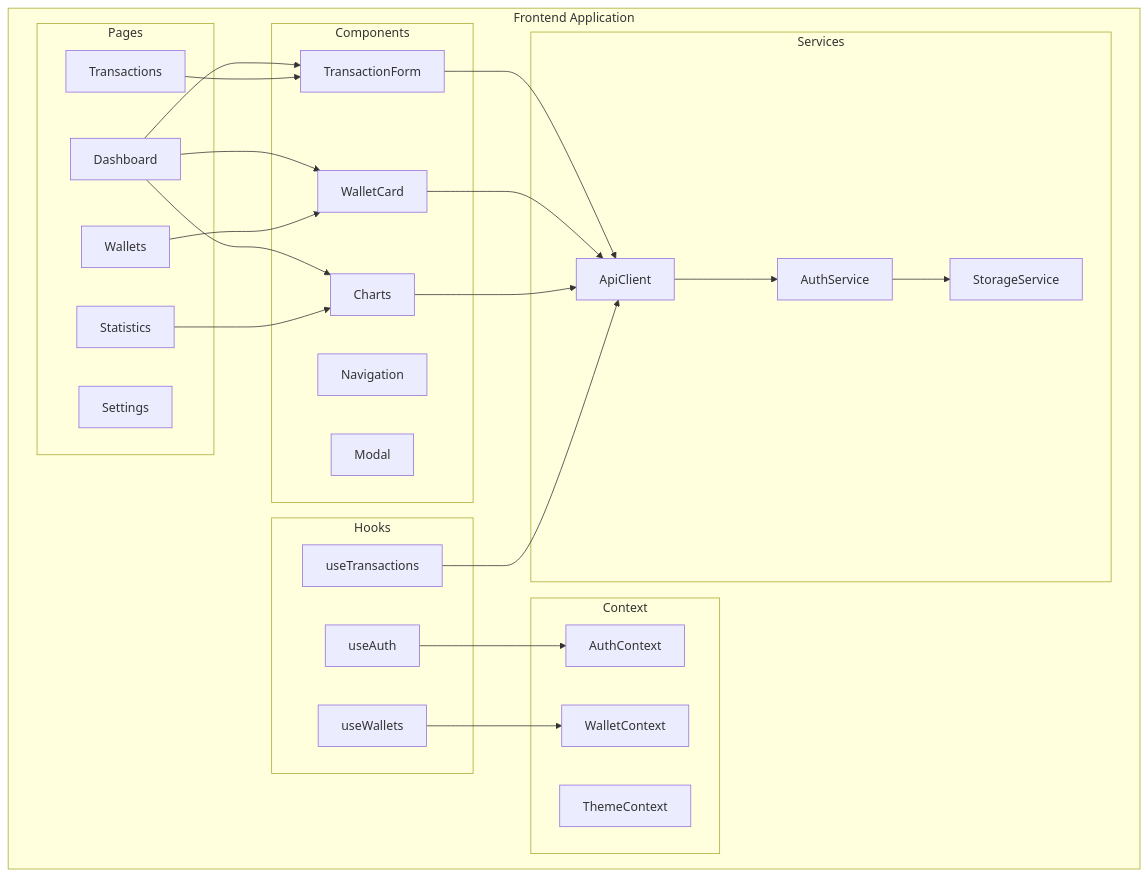
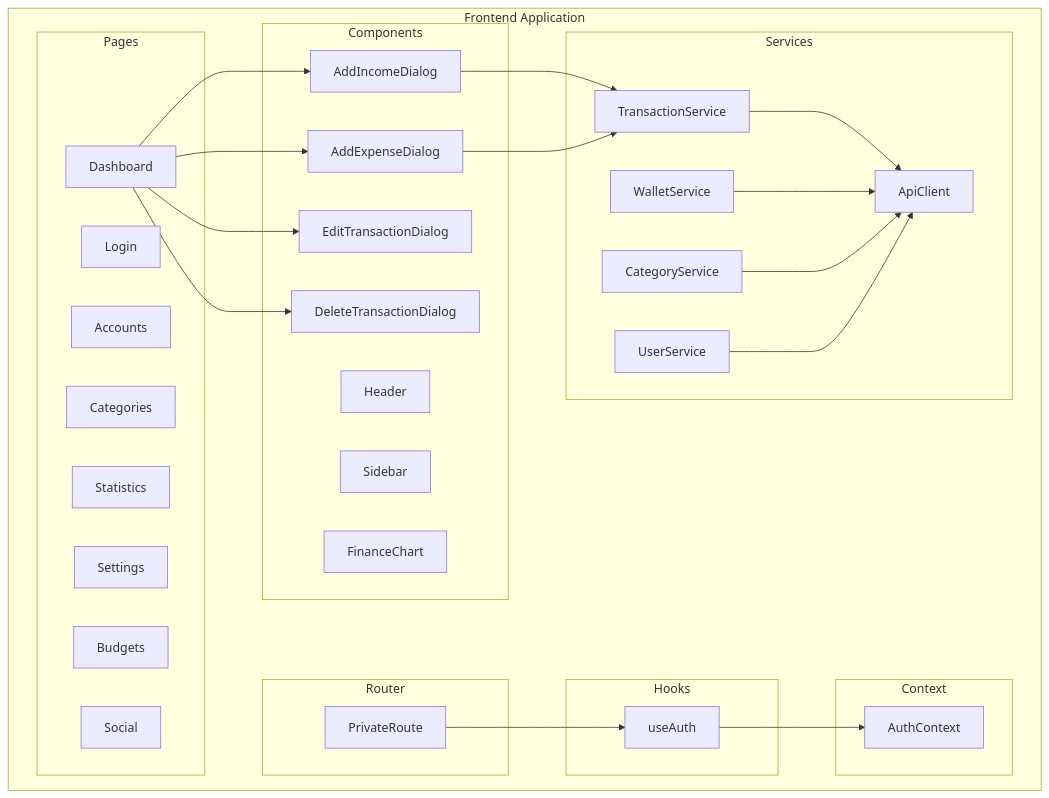
Before and after one commit to WisMaja/MyMoney: diagram 14 of 20 in docs/diagramy.md, drawn with Mermaid. The commit also changed other lines of this file and 10 other files, not shown here.

````diff
--- a/docs/diagramy.md
+++ b/docs/diagramy.md
@@ -463,56 +383,60 @@
 ```mermaid
 graph TB
     subgraph "Frontend Application"
         subgraph "Pages"
+            Login[Login]
             Dashboard[Dashboard]
-            Transactions[Transactions]
-            Wallets[Wallets]
+            Accounts[Accounts]
+            Categories[Categories]
             Statistics[Statistics]
             Settings[Settings]
+            Budgets[Budgets]
+            Social[Social]
         end
         
         subgraph "Components"
-            TransactionForm[TransactionForm]
-            WalletCard[WalletCard]
-            Charts[Charts]
-            Navigation[Navigation]
-            Modal[Modal]
+            Header[Header]
+            Sidebar[Sidebar]
+            AddIncomeDialog[AddIncomeDialog]
+            AddExpenseDialog[AddExpenseDialog]
+            EditTransactionDialog[EditTransactionDialog]
+            DeleteTransactionDialog[DeleteTransactionDialog]
+            FinanceChart[FinanceChart]
         end
         
         subgraph "Services"
             ApiClient[ApiClient]
-            AuthService[AuthService]
-            StorageService[StorageService]
+            TransactionService[TransactionService]
+            WalletService[WalletService]
+            CategoryService[CategoryService]
+            UserService[UserService]
         end
         
         subgraph "Context"
             AuthContext[AuthContext]
-            WalletContext[WalletContext]
-            ThemeContext[ThemeContext]
         end
         
         subgraph "Hooks"
             useAuth[useAuth]
-            useWallets[useWallets]
-            useTransactions[useTransactions]
+        end
+        
+        subgraph "Router"
+            PrivateRoute[PrivateRoute]
         end
     end
     
-    Dashboard --> TransactionForm
-    Dashboard --> WalletCard
-    Dashboard --> Charts
-    Transactions --> TransactionForm
-    Wallets --> WalletCard
-    Statistics --> Charts
+    Dashboard --> AddIncomeDialog
+    Dashboard --> AddExpenseDialog
+    Dashboard --> EditTransactionDialog
+    Dashboard --> DeleteTransactionDialog
     
-    TransactionForm --> ApiClient
-    WalletCard --> ApiClient
-    Charts --> ApiClient
-    
-    ApiClient --> AuthService
-    AuthService --> StorageService
+    AddIncomeDialog --> TransactionService
+    AddExpenseDialog --> TransactionService
+    TransactionService --> ApiClient
+    WalletService --> ApiClient
+    CategoryService --> ApiClient
+    UserService --> ApiClient
     
     useAuth --> AuthContext
-    useWallets --> WalletContext
-    useTransactions --> ApiClient
+    PrivateRoute --> useAuth
 ```
````
